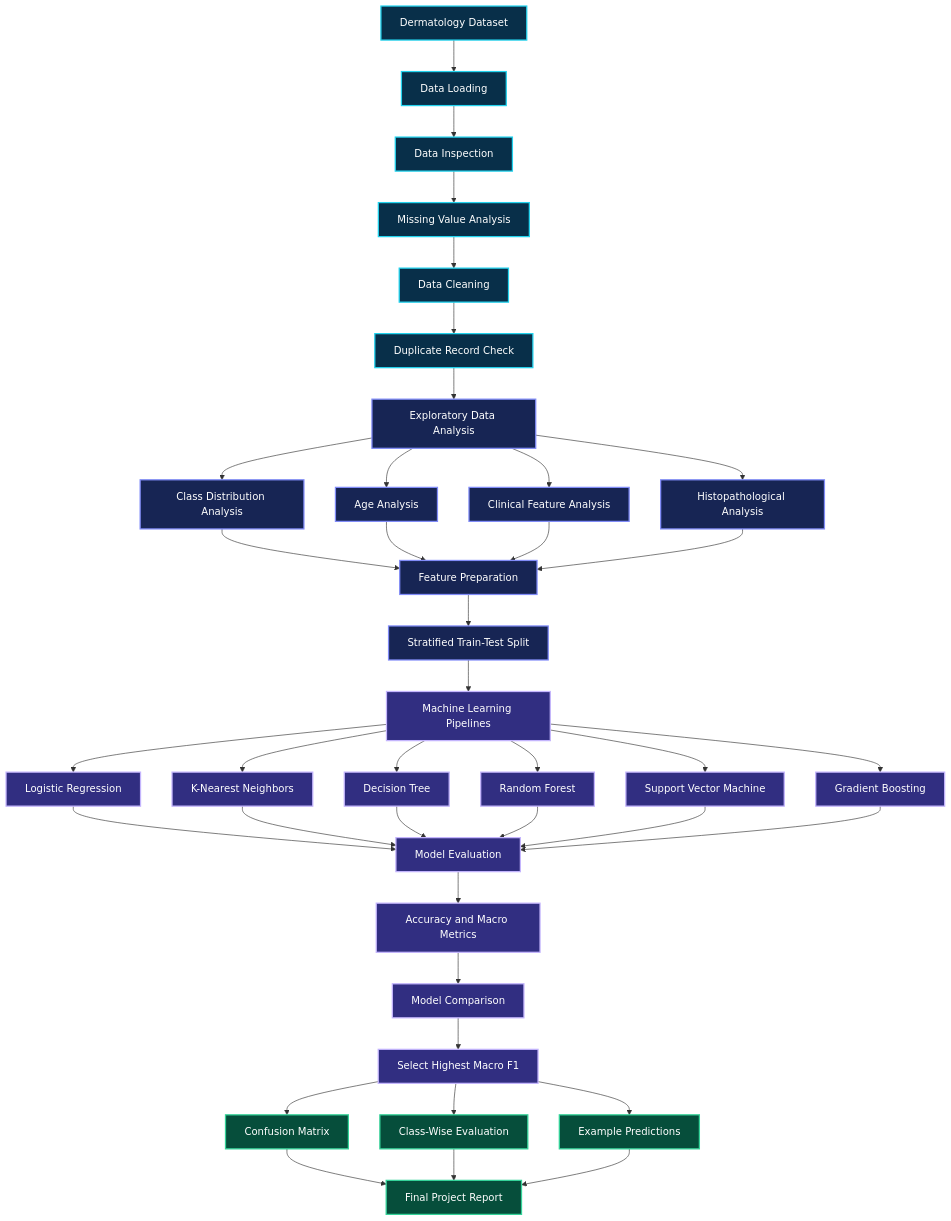
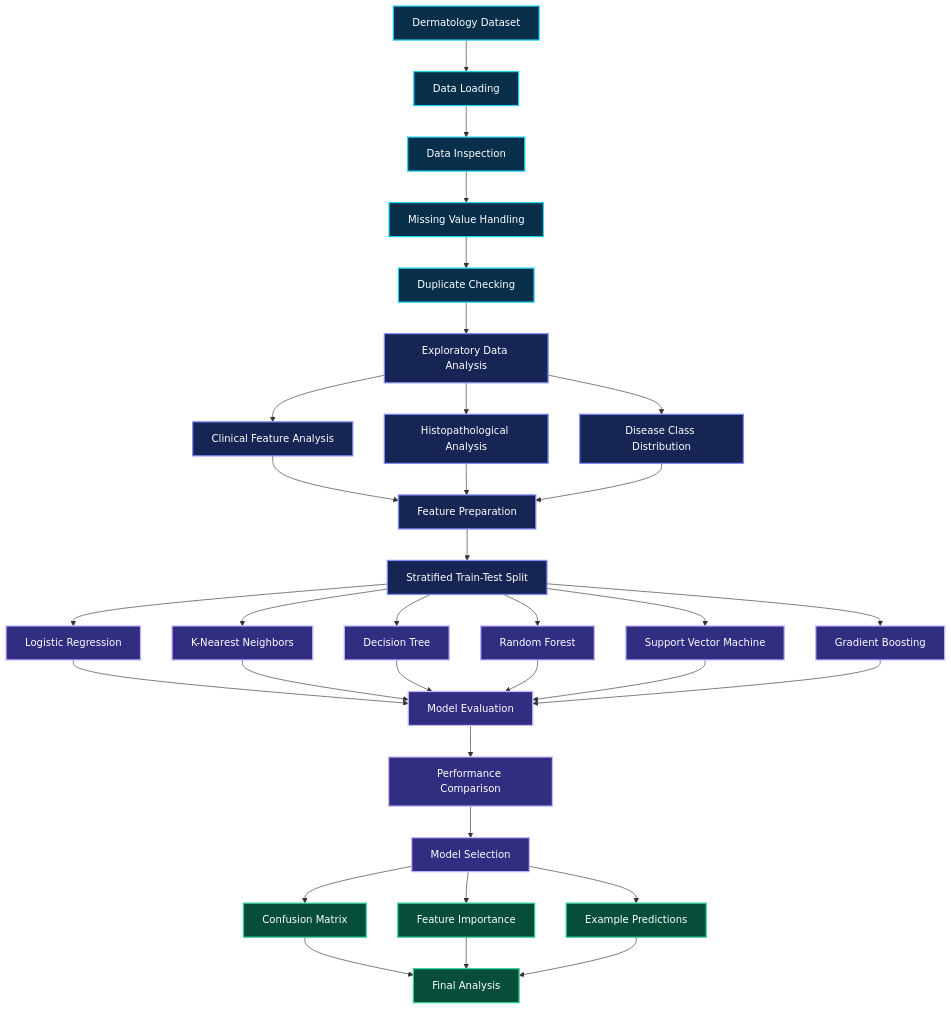
Before and after one commit to govardhan-goud123/Detecting_the_type_of_skin_disorder: the first of 4 diagrams in README.md, drawn with Mermaid. The commit also changed other lines of this file, not shown here.

````diff
--- a/README.md
+++ b/README.md
@@ -93,60 +99,53 @@
 ```mermaid
 flowchart TD
 
     A["Dermatology Dataset"] --> B["Data Loading"]
     B --> C["Data Inspection"]
-    C --> D["Missing Value Analysis"]
+    C --> D["Missing Value Handling"]
+    D --> E["Duplicate Checking"]
+    E --> F["Exploratory Data Analysis"]
 
-    D --> E["Data Cleaning"]
-    E --> F["Duplicate Record Check"]
-    F --> G["Exploratory Data Analysis"]
+    F --> G["Clinical Feature Analysis"]
+    F --> H["Histopathological Analysis"]
+    F --> I["Disease Class Distribution"]
 
-    G --> H["Class Distribution Analysis"]
-    G --> I["Age Analysis"]
-    G --> J["Clinical Feature Analysis"]
-    G --> K["Histopathological Analysis"]
+    G --> J["Feature Preparation"]
+    H --> J
+    I --> J
 
-    H --> L["Feature Preparation"]
-    I --> L
-    J --> L
-    K --> L
+    J --> K["Stratified Train-Test Split"]
 
-    L --> M["Stratified Train-Test Split"]
-    M --> N["Machine Learning Pipelines"]
+    K --> L["Logistic Regression"]
+    K --> M["K-Nearest Neighbors"]
+    K --> N["Decision Tree"]
+    K --> O["Random Forest"]
+    K --> P["Support Vector Machine"]
+    K --> Q["Gradient Boosting"]
 
-    N --> O["Logistic Regression"]
-    N --> P["K-Nearest Neighbors"]
-    N --> Q["Decision Tree"]
-    N --> R["Random Forest"]
-    N --> S["Support Vector Machine"]
-    N --> T["Gradient Boosting"]
+    L --> R["Model Evaluation"]
+    M --> R
+    N --> R
+    O --> R
+    P --> R
+    Q --> R
 
-    O --> U["Model Evaluation"]
-    P --> U
-    Q --> U
-    R --> U
-    S --> U
-    T --> U
+    R --> S["Performance Comparison"]
+    S --> T["Model Selection"]
+    T --> U["Confusion Matrix"]
+    T --> V["Feature Importance"]
+    T --> W["Example Predictions"]
 
-    U --> V["Accuracy and Macro Metrics"]
-    V --> W["Model Comparison"]
+    U --> X["Final Analysis"]
+    V --> X
+    W --> X
 
-    W --> X["Select Highest Macro F1"]
-    X --> Y["Confusion Matrix"]
-    X --> Z["Class-Wise Evaluation"]
-    X --> AA["Example Predictions"]
-
-    Y --> AB["Final Project Report"]
-    Z --> AB
-    AA --> AB
-
-    classDef data fill:#082f49,stroke:#22d3ee,color:#ffffff,stroke-width:2px;
-    classDef analysis fill:#172554,stroke:#818cf8,color:#ffffff,stroke-width:2px;
+    classDef input fill:#082f49,stroke:#22d3ee,color:#ffffff,stroke-width:2px;
+    classDef process fill:#172554,stroke:#818cf8,color:#ffffff,stroke-width:2px;
     classDef model fill:#312e81,stroke:#c4b5fd,color:#ffffff,stroke-width:2px;
     classDef output fill:#064e3b,stroke:#34d399,color:#ffffff,stroke-width:2px;
 
-    class A,B,C,D,E,F data;
-    class G,H,I,J,K,L,M analysis;
-    class N,O,P,Q,R,S,T,U,V,W,X model;
-    class Y,Z,AA,AB output;
+    class A,B,C,D,E input;
+    class F,G,H,I,J,K process;
+    class L,M,N,O,P,Q,R,S,T model;
+    class U,V,W,X output;
 ```
````
